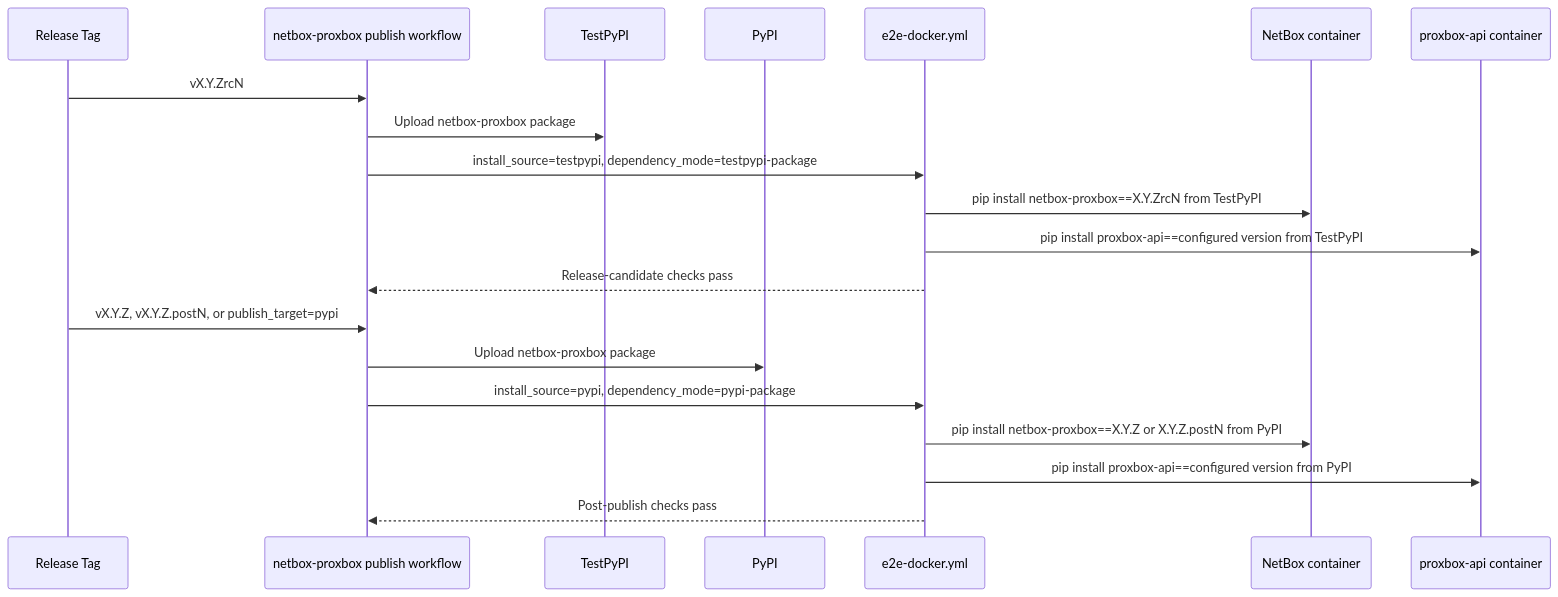
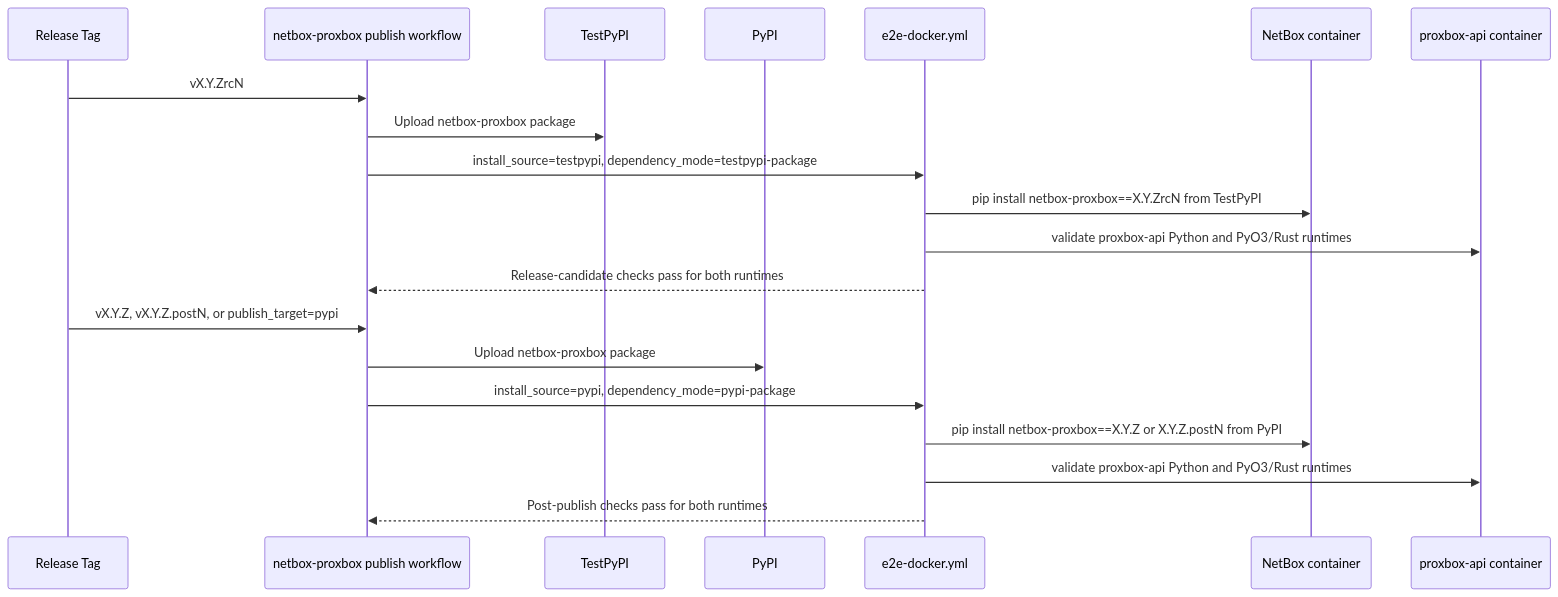
Before and after one commit to emersonfelipesp/netbox-proxbox: the second of 2 diagrams in docs/developer/release-publishing.md, drawn with Mermaid. The commit also changed other lines of this file and 4 other files, not shown here.

````diff
--- a/docs/developer/release-publishing.md
+++ b/docs/developer/release-publishing.md
@@ -44,24 +44,24 @@
 ```mermaid
 sequenceDiagram
     participant Tag as Release Tag
     participant WF as netbox-proxbox publish workflow
     participant TP as TestPyPI
     participant PY as PyPI
     participant E2E as e2e-docker.yml
     participant NB as NetBox container
     participant API as proxbox-api container
 
     Tag->>WF: vX.Y.ZrcN
     WF->>TP: Upload netbox-proxbox package
     WF->>E2E: install_source=testpypi, dependency_mode=testpypi-package
     E2E->>NB: pip install netbox-proxbox==X.Y.ZrcN from TestPyPI
-    E2E->>API: pip install proxbox-api==configured version from TestPyPI
-    E2E-->>WF: Release-candidate checks pass
+    E2E->>API: validate proxbox-api Python and PyO3/Rust runtimes
+    E2E-->>WF: Release-candidate checks pass for both runtimes
 
     Tag->>WF: vX.Y.Z, vX.Y.Z.postN, or publish_target=pypi
     WF->>PY: Upload netbox-proxbox package
     WF->>E2E: install_source=pypi, dependency_mode=pypi-package
     E2E->>NB: pip install netbox-proxbox==X.Y.Z or X.Y.Z.postN from PyPI
-    E2E->>API: pip install proxbox-api==configured version from PyPI
-    E2E-->>WF: Post-publish checks pass
+    E2E->>API: validate proxbox-api Python and PyO3/Rust runtimes
+    E2E-->>WF: Post-publish checks pass for both runtimes
 ```
````
